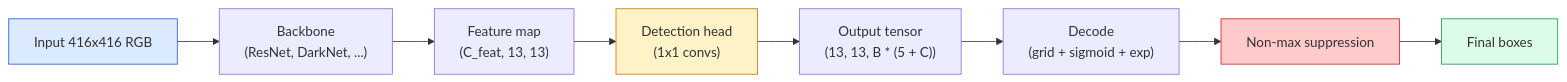
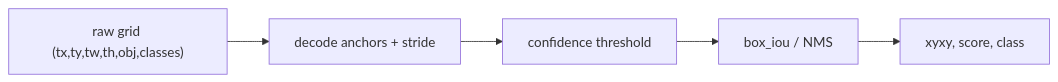
One commit to t3mr0i/ai-engineering-from-scratch changed the diagram in phases/04-computer-vision/06-object-detection-yolo/docs/en.md. Above: the diagram before and after it, drawn with Mermaid. The commit also changed other lines of this file and 98 other files, not shown here.

````diff
--- a/phases/04-computer-vision/06-object-detection-yolo/docs/en.md
+++ b/phases/04-computer-vision/06-object-detection-yolo/docs/en.md
@@ -31,15 +24,7 @@
 ```mermaid
 flowchart LR
-    IMG["Input 416x416 RGB"] --> BB["Backbone<br/>(ResNet, DarkNet, ...)"]
-    BB --> FM["Feature map<br/>(C_feat, 13, 13)"]
-    FM --> HEAD["Detection head<br/>(1x1 convs)"]
-    HEAD --> OUT["Output tensor<br/>(13, 13, B * (5 + C))"]
-    OUT --> DEC["Decode<br/>(grid + sigmoid + exp)"]
-    DEC --> NMS["Non-max suppression"]
-    NMS --> RESULT["Final boxes"]
-
-    style IMG fill:#dbeafe,stroke:#2563eb
-    style HEAD fill:#fef3c7,stroke:#d97706
-    style NMS fill:#fecaca,stroke:#dc2626
-    style RESULT fill:#dcfce7,stroke:#16a34a
+    A["raw grid (tx,ty,tw,th,obj,classes)"] --> B["decode anchors + stride"]
+    B --> C["confidence threshold"]
+    C --> D["box_iou / NMS"]
+    D --> E["xyxy, score, class"]
 ```
````
